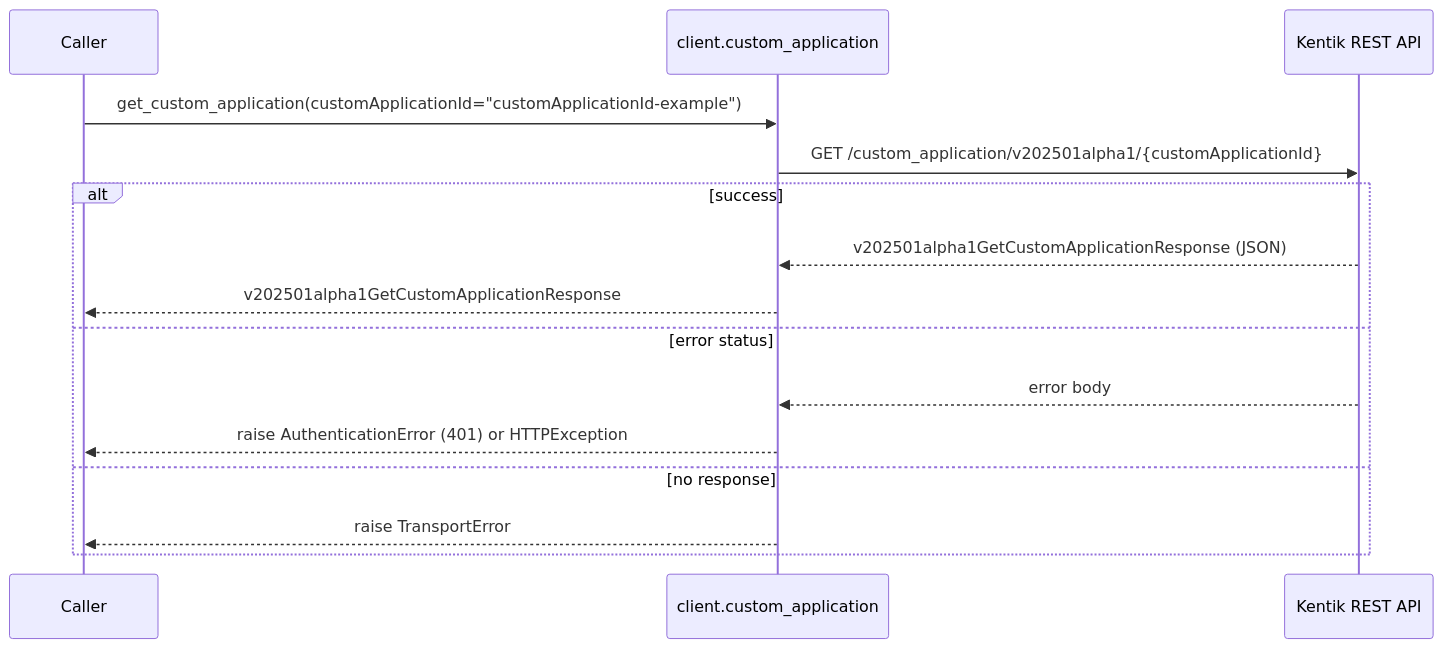
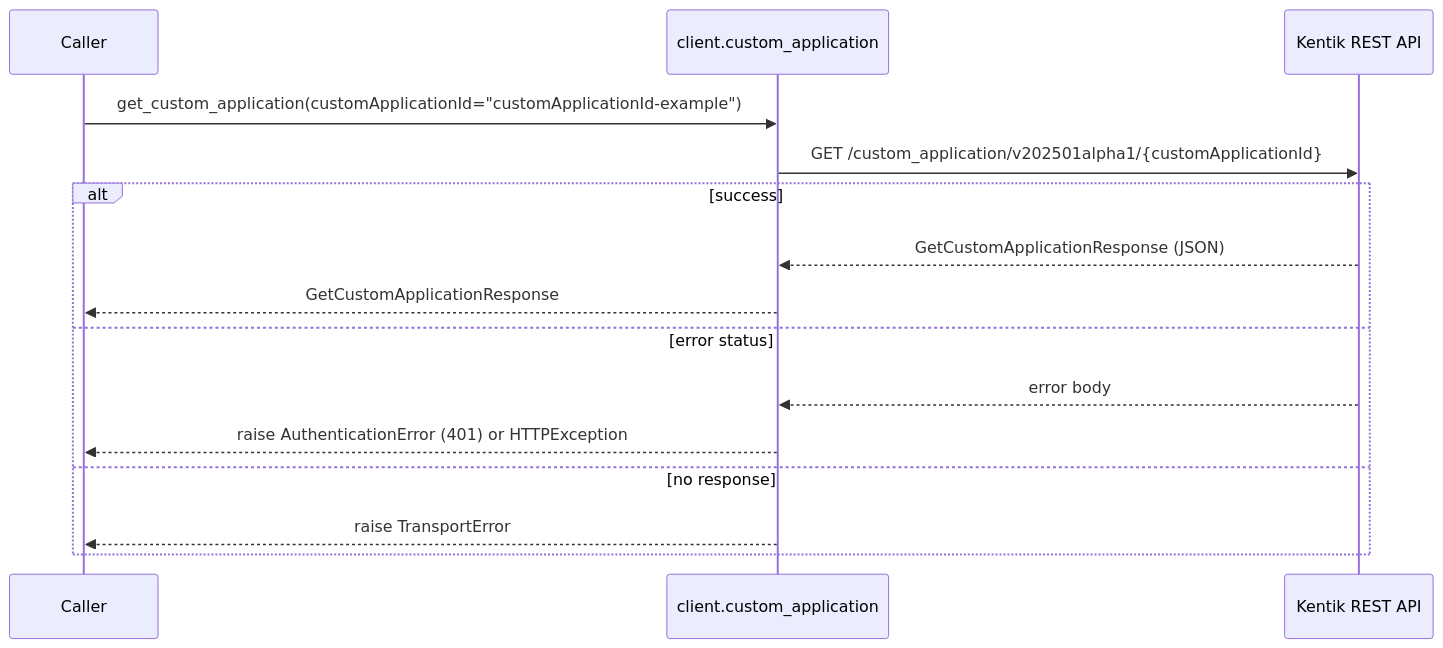
The sixth of 12 diagrams in docs/sphinx/services/custom_application.md (alexdearaujo/community_sdk_python), drawn with Mermaid before and after one commit. The commit also changed other lines of this file and 38 other files, not shown here.

````diff
--- a/docs/sphinx/services/custom_application.md
+++ b/docs/sphinx/services/custom_application.md
@@ -182,18 +182,18 @@
 ```mermaid
 sequenceDiagram
     participant C as Caller
     participant W as client.custom_application
     participant API as Kentik REST API
 
     C->>W: get_custom_application(customApplicationId="customApplicationId-example")
     W->>API: GET /custom_application/v202501alpha1/{customApplicationId}
     alt success
-        API-->>W: v202501alpha1GetCustomApplicationResponse (JSON)
-        W-->>C: v202501alpha1GetCustomApplicationResponse
+        API-->>W: GetCustomApplicationResponse (JSON)
+        W-->>C: GetCustomApplicationResponse
     else error status
         API-->>W: error body
         W-->>C: raise AuthenticationError (401) or HTTPException
     else no response
         W-->>C: raise TransportError
     end
 ```
````
